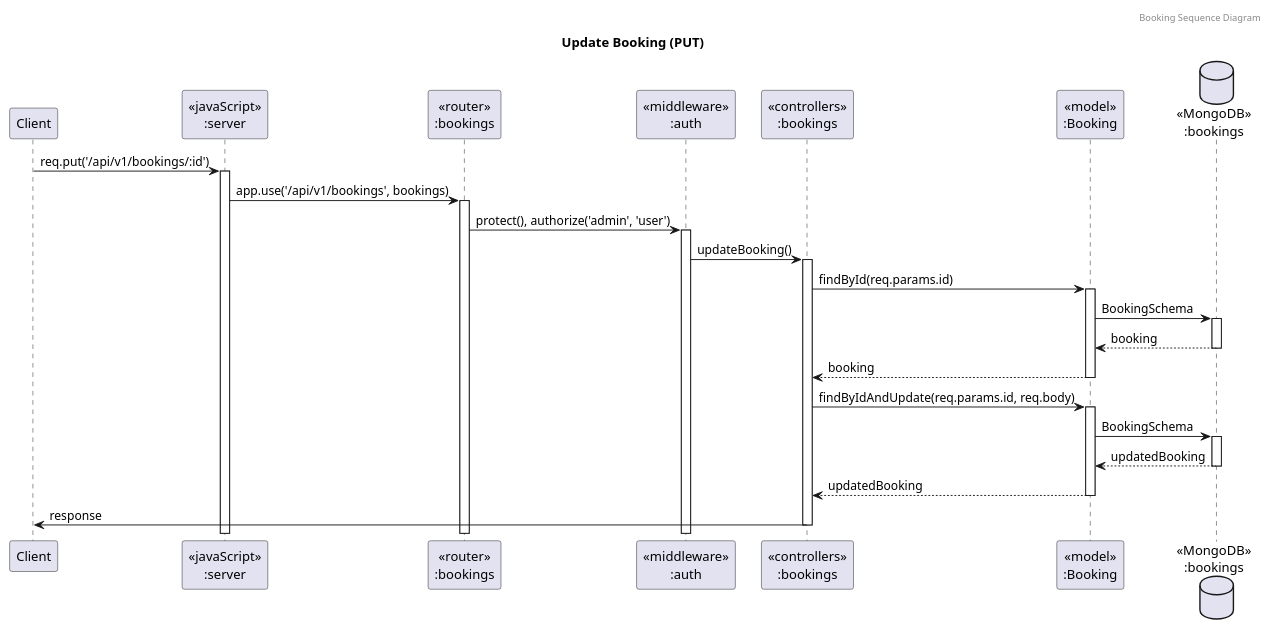
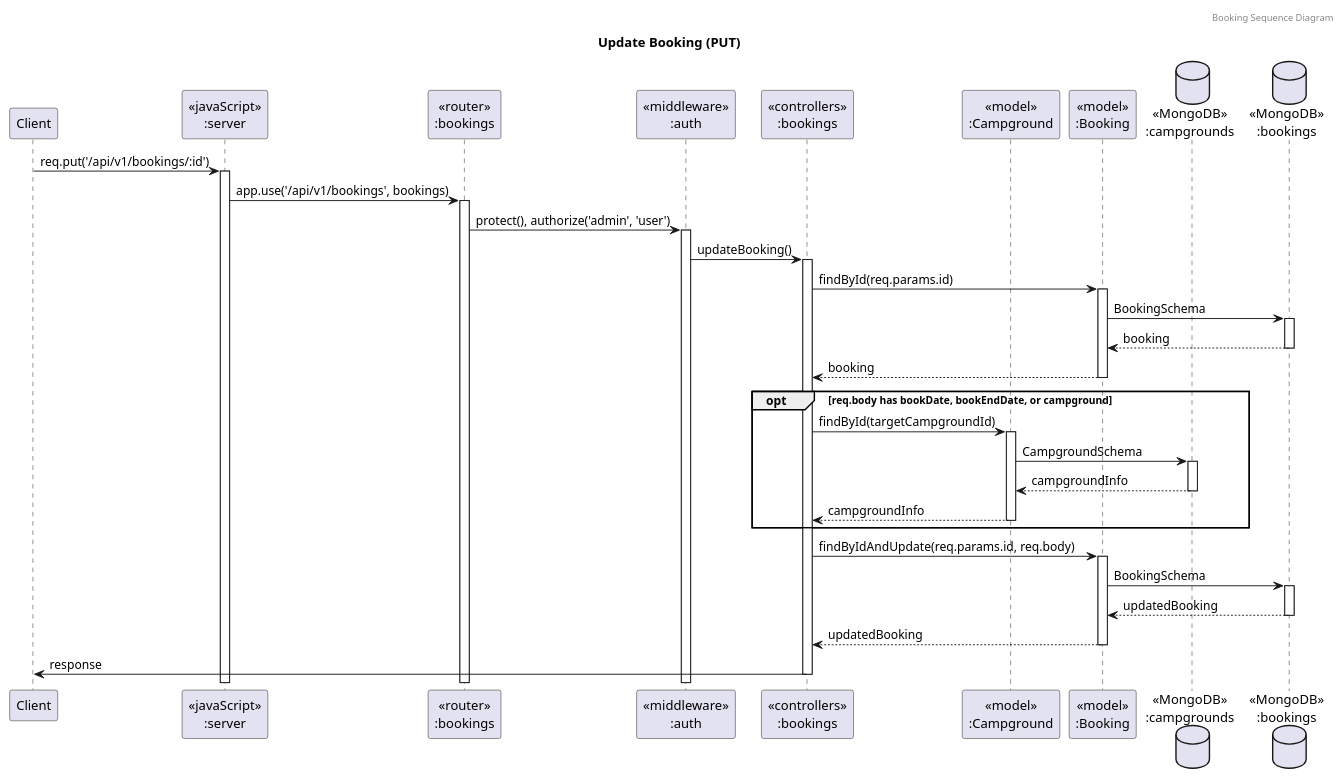
The fourth of 5 diagrams in puml/bookings-sequence.puml (2110503-CEDT68/be-project-68-backshot), drawn with PlantUML before and after one commit. The commit also changed 3 other files, not shown here.

```diff
--- a/puml/bookings-sequence.puml
+++ b/puml/bookings-sequence.puml
@@ -81,29 +81,38 @@
 @startuml Update Booking (PUT)
 header Booking Sequence Diagram
 title "Update Booking (PUT)"
 
 participant "Client" as client
 participant "<<javaScript>>\n:server" as server
 participant "<<router>>\n:bookings" as routerBookings
 participant "<<middleware>>\n:auth" as middlewareAuth
 participant "<<controllers>>\n:bookings" as controllersBookings
+participant "<<model>>\n:Campground" as modelCampground
 participant "<<model>>\n:Booking" as modelBooking
+database "<<MongoDB>>\n:campgrounds" as CampgroundsDatabase
 database "<<MongoDB>>\n:bookings" as BookingsDatabase
 
 client->server ++:req.put('/api/v1/bookings/:id')
 server->routerBookings ++:app.use('/api/v1/bookings', bookings)
 routerBookings -> middlewareAuth ++:protect(), authorize('admin', 'user')
 middlewareAuth -> controllersBookings ++:updateBooking()
 
 controllersBookings->modelBooking ++:findById(req.params.id)
 modelBooking ->BookingsDatabase ++: BookingSchema
 BookingsDatabase --> modelBooking --: booking
 controllersBookings <-- modelBooking --:booking
 
+opt req.body has bookDate, bookEndDate, or campground
+    controllersBookings->modelCampground ++:findById(targetCampgroundId)
+    modelCampground ->CampgroundsDatabase ++: CampgroundSchema
+    CampgroundsDatabase --> modelCampground --: campgroundInfo
+    controllersBookings <-- modelCampground --:campgroundInfo
+end
+
 controllersBookings->modelBooking ++:findByIdAndUpdate(req.params.id, req.body)
 modelBooking ->BookingsDatabase ++: BookingSchema
 BookingsDatabase --> modelBooking --: updatedBooking
 controllersBookings <-- modelBooking --:updatedBooking
 
 controllersBookings->client --:response
 @enduml
```
